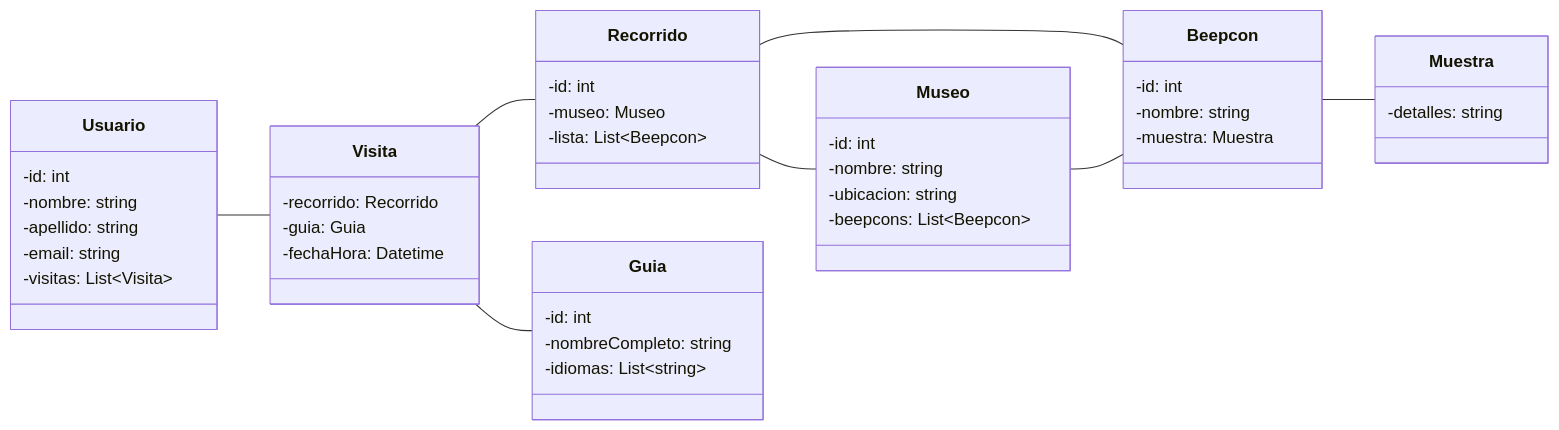
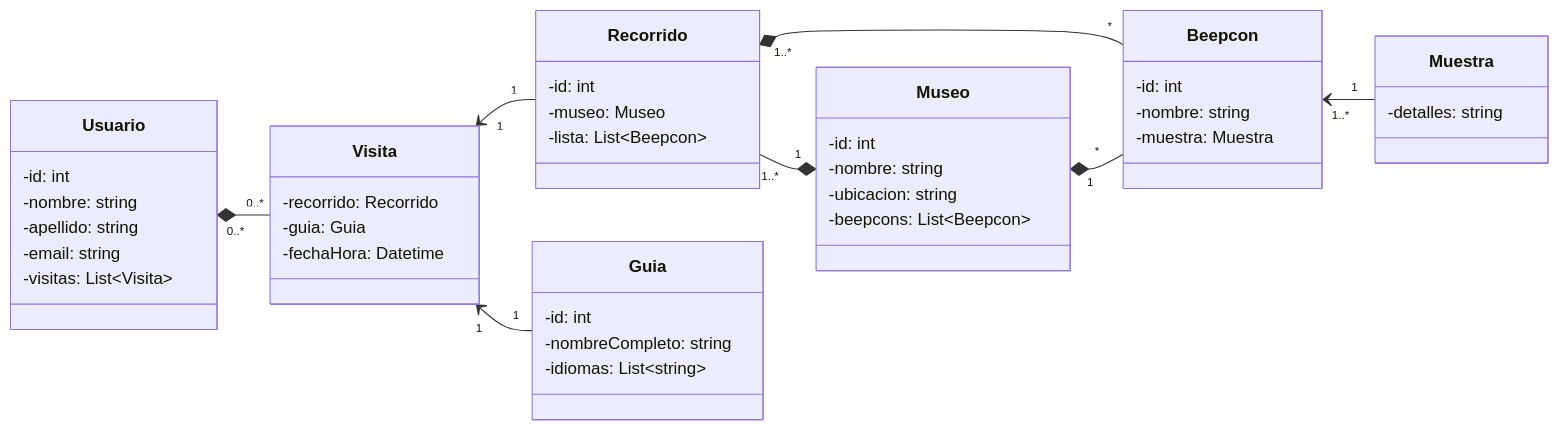
One commit to MMorandiniGit/ONETP2022 changed the diagram in Core/UML.md. Above: the diagram before and after it, drawn with Mermaid.

````diff
--- a/Core/UML.md
+++ b/Core/UML.md
@@ -1,62 +1,62 @@
 ```mermaid
 classDiagram
     direction LR
 
     class Usuario{
         -id: int
         -nombre: string
         -apellido: string
         -email: string
         -visitas: List~Visita~
     }
 
     class Visita{
         -recorrido: Recorrido
         -guia: Guia
         -fechaHora: Datetime
     }
 
     class Recorrido{
         -id: int
         -museo: Museo
         -lista: List~Beepcon~
     }
 
     class Guia{
         -id: int
         -nombreCompleto: string
         -idiomas: List~string~
     }
 
     class Museo{
         -id: int
         -nombre: string
         -ubicacion: string
         -beepcons: List~Beepcon~
     }
 
     class Beepcon{
         -id: int
         -nombre: string
         -muestra: Muestra
     }
 
     class Muestra{
         -detalles: string
     }
 
-    Usuario -- Visita
+    Usuario "0..*" *-- "0..*" Visita
 
-    Visita -- Recorrido
+    Visita "1" <-- "1" Recorrido
 
-    Visita -- Guia
+    Visita "1" <-- "1" Guia
     
-    Recorrido -- Beepcon
+    Recorrido "1..*" *-- "*" Beepcon
     
-    Museo -- Beepcon
+    Museo "1" *-- "*" Beepcon
     
-    Recorrido -- Museo
+    Recorrido "1..*" --* "1" Museo
     
-    Beepcon -- Muestra
+    Beepcon "1..*" <-- "1" Muestra
 
 ```
````
